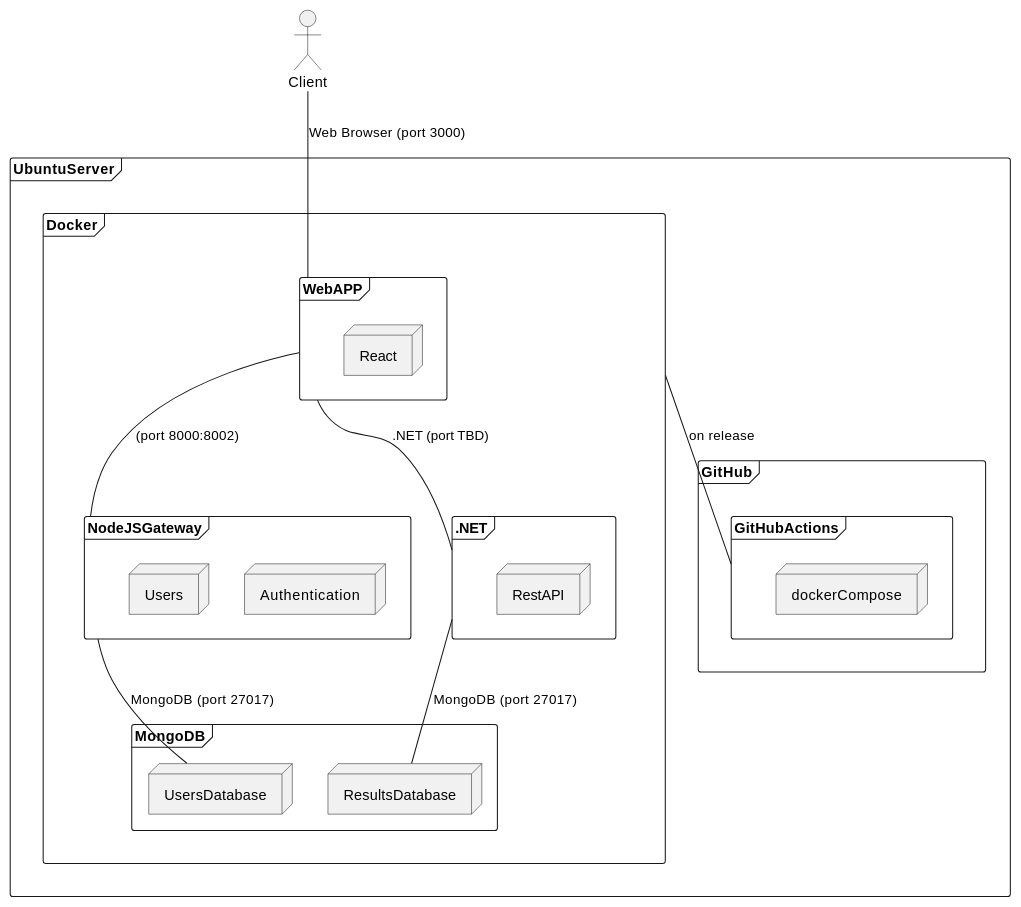
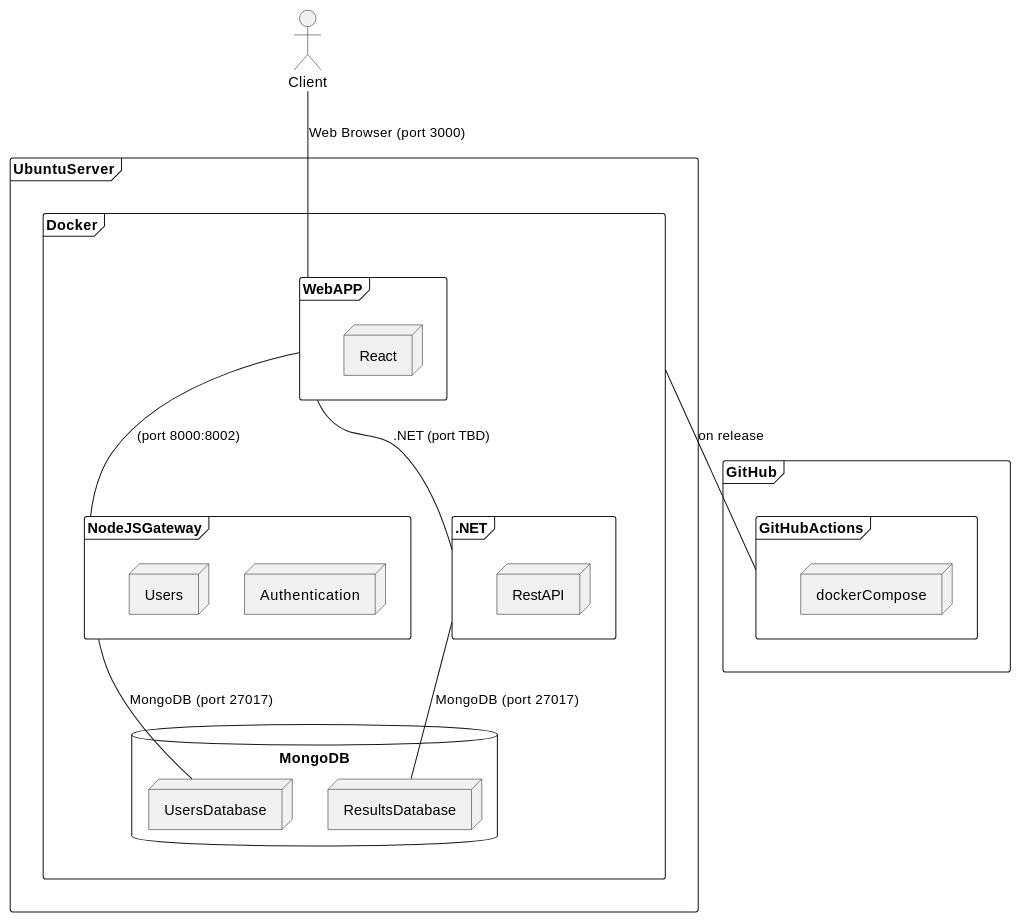
Before and after one commit to UO289930/wiq_en3a: the diagram in docs/src/07_deployment_view.adoc, drawn with PlantUML.

Commit message:
Deployment diagram error fixed

```diff
--- a/docs/src/07_deployment_view.adoc
+++ b/docs/src/07_deployment_view.adoc
@@ -98,45 +98,45 @@
 [plantuml, target=deployment-diagram, format=png]
 ....
 actor client as "Client"
 frame UbuntuServer {
     frame Docker {
 
 
         frame WebAPP {
             node React
         }
 
         frame NodeJSGateway {
             node Authentication
 
             node Users
         }
 
-        frame MongoDB {
+        database MongoDB {
             node UsersDatabase
 
             node ResultsDatabase
         }
 
         frame .NET {
             node RestAPI
         }
     }
+}
 
-    frame GitHub{
+frame GitHub{
 
         frame GitHubActions{
             node dockerCompose
         }
 
     }
-}
 
 .NET -- ResultsDatabase : MongoDB (port 27017)
 NodeJSGateway -- UsersDatabase : MongoDB (port 27017)
 WebAPP -- NodeJSGateway : (port 8000:8002)
 WebAPP -- .NET : .NET (port TBD)
 client -- WebAPP : Web Browser (port 3000)
 
 Docker -- GitHubActions : on release
 ....
```
